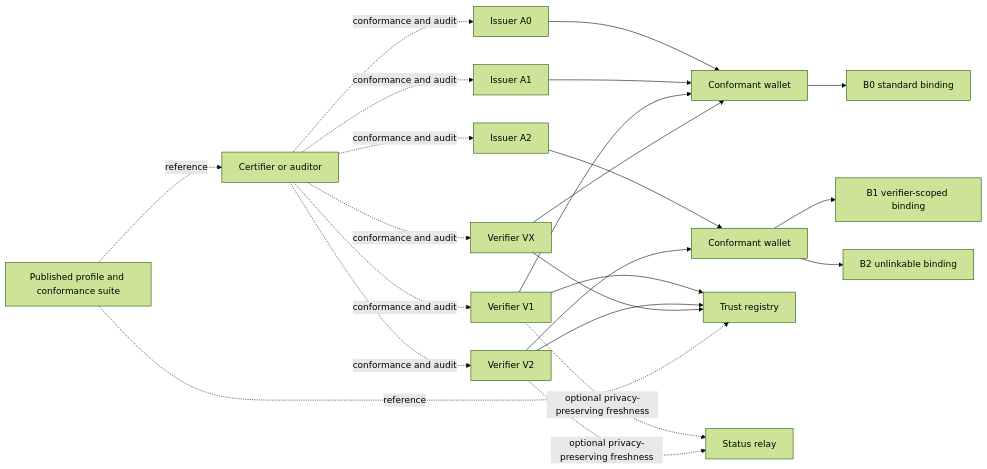
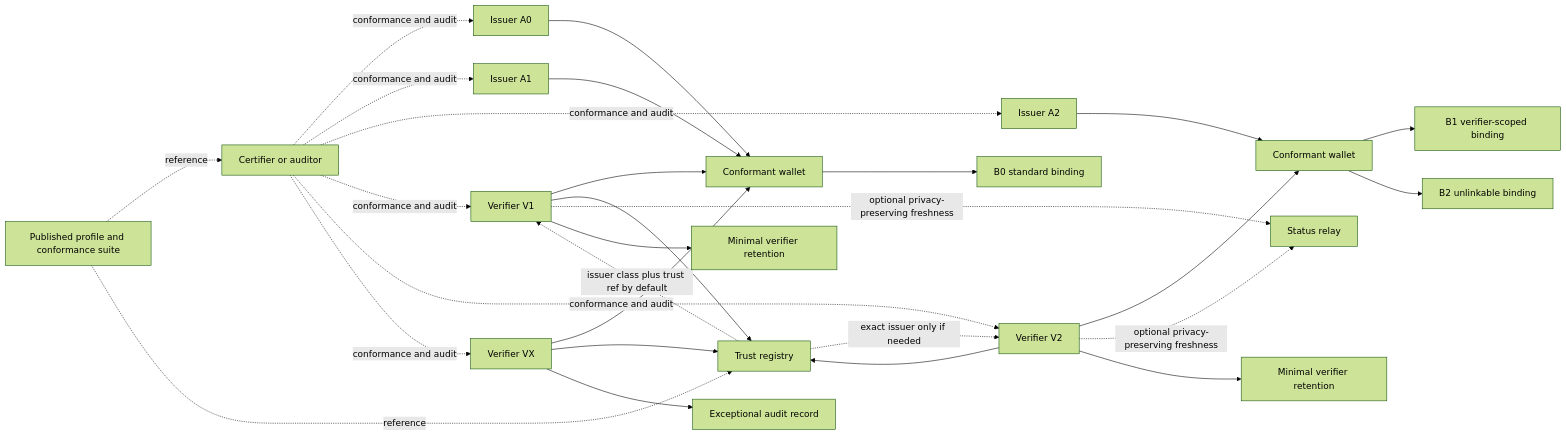
The diagram in docs/architecture/POTENTIAL_FINAL_STATE.md (JGx101/Minimal-Age-Disclosure), drawn with Mermaid (forest theme) before and after one commit. The commit also changed other lines of this file and 4 other files, not shown here.

Commit message:
Propagate architecture visuals for binding and retention

````diff
--- a/docs/architecture/POTENTIAL_FINAL_STATE.md
+++ b/docs/architecture/POTENTIAL_FINAL_STATE.md
@@ -32,31 +32,37 @@
 ```mermaid
 flowchart LR
     I1[Issuer A0] --> W1[Conformant wallet]
     I2[Issuer A1] --> W1
     I3[Issuer A2] --> W2[Conformant wallet]
 
     V1[Verifier V1] --> W1
     V2[Verifier V2] --> W2
     VX[Verifier VX] --> W1
 
     W1 --> B0[B0 standard binding]
     W2 --> B1[B1 verifier-scoped binding]
     W2 --> B2[B2 unlinkable binding]
 
     V1 --> T[Trust registry]
     V2 --> T
     VX --> T
+    T -. issuer class plus trust ref by default .-> V1
+    T -. exact issuer only if needed .-> V2
 
     V1 -. optional privacy-preserving freshness .-> S[Status relay]
     V2 -. optional privacy-preserving freshness .-> S
+
+    V1 --> R1[Minimal verifier retention]
+    V2 --> R2[Minimal verifier retention]
+    VX --> R3[Exceptional audit record]
 
     C[Certifier or auditor] -. conformance and audit .-> I1
     C -. conformance and audit .-> I2
     C -. conformance and audit .-> I3
     C -. conformance and audit .-> V1
     C -. conformance and audit .-> V2
     C -. conformance and audit .-> VX
 
     P[Published profile and conformance suite] -. reference .-> C
     P -. reference .-> T
 ```
````
